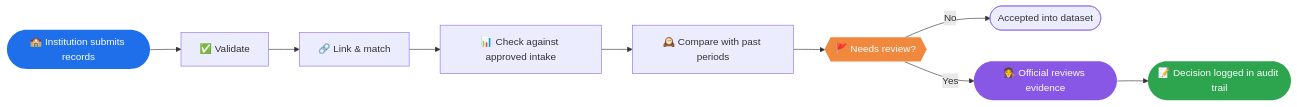
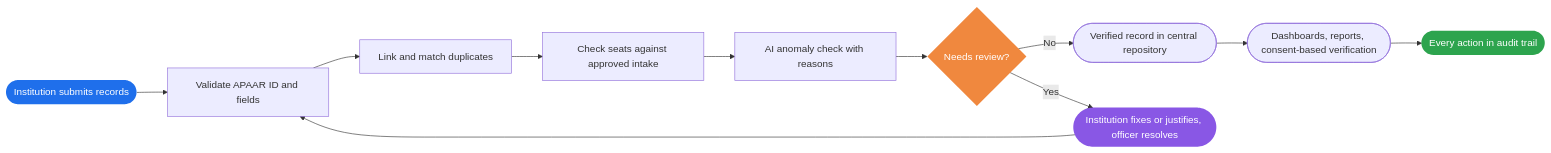
The first of 2 diagrams in README.md (sakshipatil-hue/APAAR-Connect), drawn with Mermaid before and after one commit. The commit also changed other lines of this file, not shown here.

````diff
--- a/README.md
+++ b/README.md
@@ -43,16 +45,18 @@
 ```mermaid
 flowchart LR
-    A([🏫 Institution submits records]) --> B[✅ Validate]
-    B --> C[🔗 Link & match]
-    C --> D[📊 Check against approved intake]
-    D --> E[🕰️ Compare with past periods]
-    E --> F{{🚩 Needs review?}}
-    F -- No --> G([Accepted into dataset])
-    F -- Yes --> H([🧑‍⚖️ Official reviews evidence])
-    H --> I([📝 Decision logged in audit trail])
+    A([Institution submits records]) --> B[Validate APAAR ID and fields]
+    B --> C[Link and match duplicates]
+    C --> D[Check seats against approved intake]
+    D --> E[AI anomaly check with reasons]
+    E --> F{Needs review?}
+    F -- No --> G([Verified record in central repository])
+    F -- Yes --> H([Institution fixes or justifies, officer resolves])
+    H --> B
+    G --> I([Dashboards, reports, consent-based verification])
+    I --> J([Every action in audit trail])
 
     style A fill:#1f6feb,color:#fff,stroke:none
     style F fill:#f0883e,color:#fff,stroke:none
     style H fill:#8957e5,color:#fff,stroke:none
-    style I fill:#2da44e,color:#fff,stroke:none
+    style J fill:#2da44e,color:#fff,stroke:none
 ```
````
